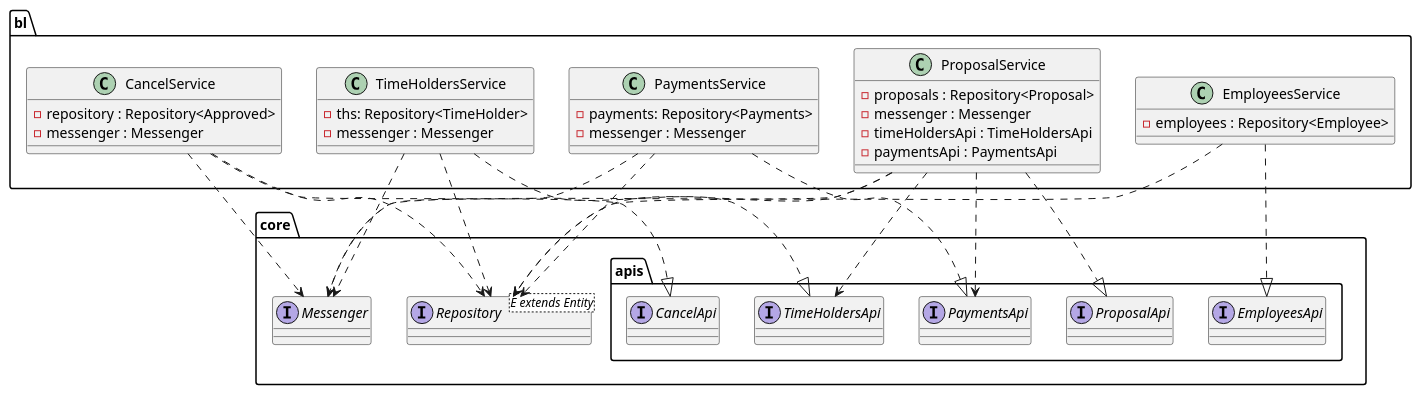
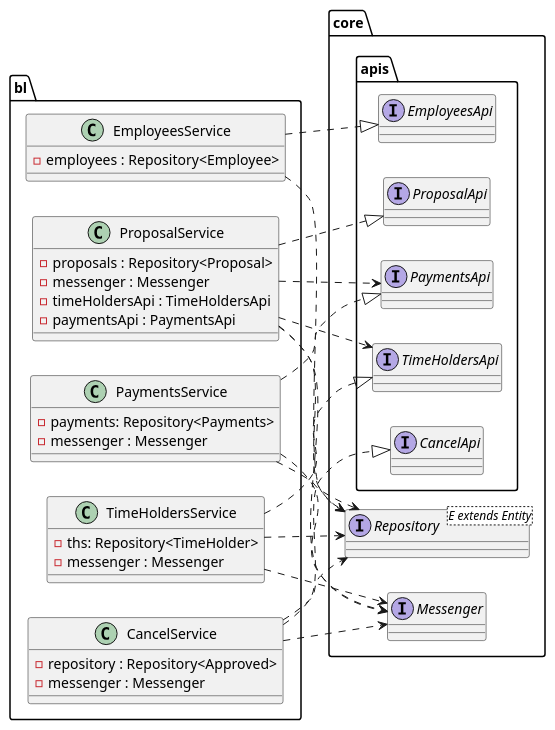
The diagram in diagrams/classes/bl.puml (JohnKhandygo/employee-managment), drawn with PlantUML before and after one commit.

Commit message:
#9 change bl package class diagram to "from left to right".

```diff
--- a/diagrams/classes/bl.puml
+++ b/diagrams/classes/bl.puml
@@ -1,61 +1,61 @@
 @startuml
-'left to right direction
+left to right direction
 
 package "core" {
   package "apis" {
     interface EmployeesApi
     interface CancelApi
     interface PaymentsApi
     interface ProposalApi
     interface TimeHoldersApi
   }
 
   interface Repository<E extends Entity>
   interface Messenger
 }
 
 package "bl" {
   class EmployeesService {
     - employees : Repository<Employee>
   }
   class CancelService {
     - repository : Repository<Approved>
     - messenger : Messenger
   }
   class PaymentsService {
     - payments: Repository<Payments>
     - messenger : Messenger
   }
   class ProposalService {
     - proposals : Repository<Proposal>
     - messenger : Messenger
     - timeHoldersApi : TimeHoldersApi
     - paymentsApi : PaymentsApi
   }
   class TimeHoldersService {
     - ths: Repository<TimeHolder>
     - messenger : Messenger
   }
 }
 
 EmployeesService ..|> EmployeesApi
 CancelService ..|> CancelApi
 TimeHoldersService ..|> TimeHoldersApi
 ProposalService ..|> ProposalApi
 PaymentsService ..|> PaymentsApi
 
 EmployeesService ..> Repository
 CancelService ..> Repository
 ProposalService ..> Repository
 PaymentsService ..> Repository
 TimeHoldersService ..> Repository
 
 CancelService ..> Messenger
 ProposalService ..> Messenger
 PaymentsService ..> Messenger
 TimeHoldersService ..> Messenger
 
 ProposalService ..> TimeHoldersApi
 ProposalService ..> PaymentsApi
 
 @enduml
```
